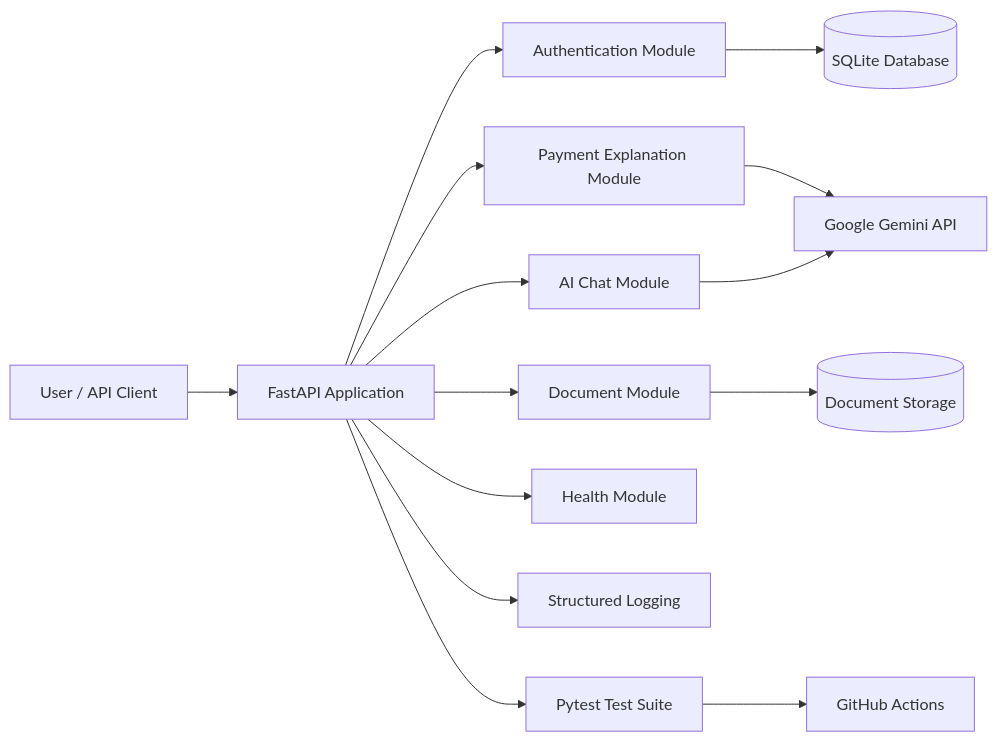
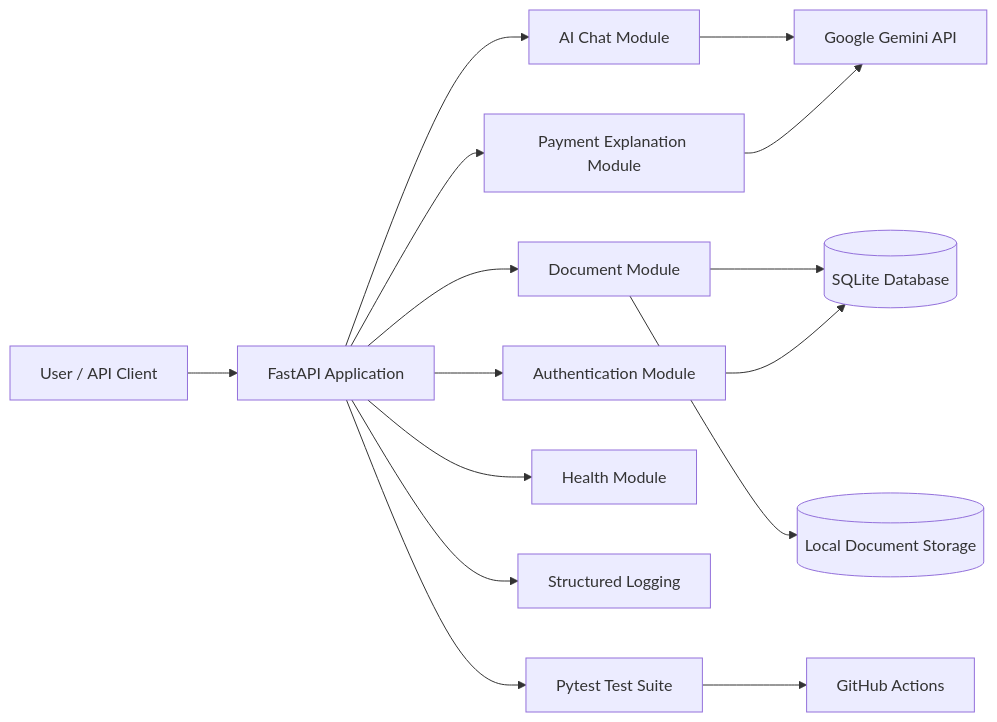
One commit to singhvirendra18gmailcom/Payments changed the diagram in README.md. Above: the diagram before and after it, drawn with Mermaid. The commit also changed other lines of this file, not shown here.

````diff
--- a/README.md
+++ b/README.md
@@ -94,20 +95,21 @@
 ```mermaid
 flowchart LR
     U[User / API Client] --> F[FastAPI Application]
 
     F --> A[Authentication Module]
     F --> P[Payment Explanation Module]
     F --> C[AI Chat Module]
     F --> D[Document Module]
     F --> H[Health Module]
 
     A --> DB[(SQLite Database)]
-    D --> FS[(Document Storage)]
+    D --> FS[(Local Document Storage)]
+    D --> DB
 
     P --> G[Google Gemini API]
     C --> G
 
     F --> L[Structured Logging]
     F --> T[Pytest Test Suite]
     T --> CI[GitHub Actions]
 ```
````
